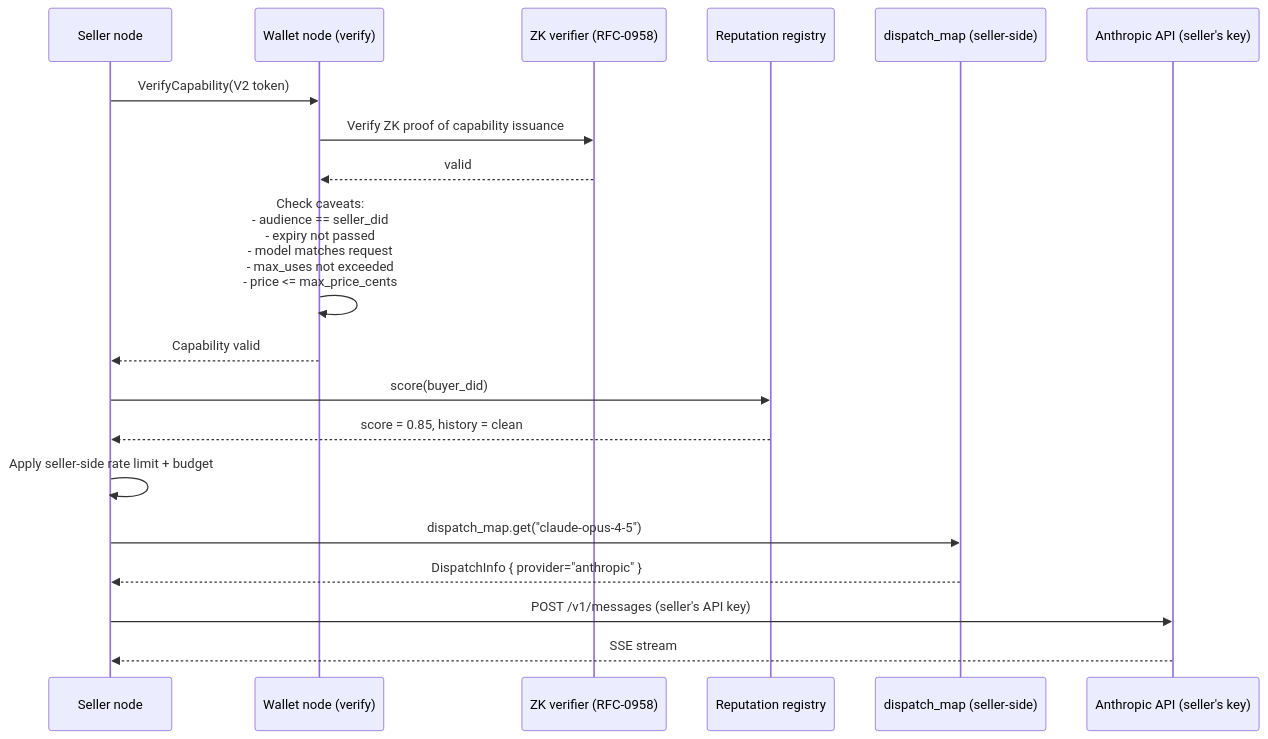
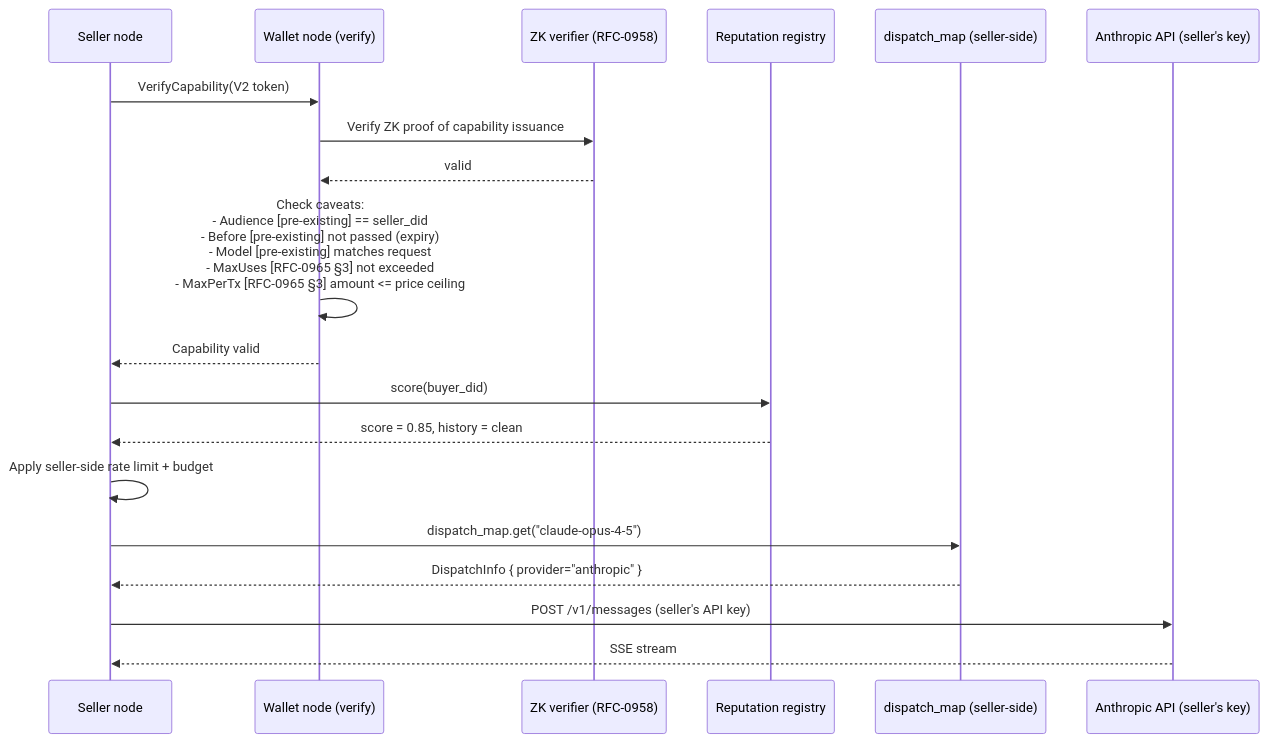
The ninth of 14 diagrams in docs/architecture/end-to-end-scenarios.md (CipherOcto/cipherocto), drawn with Mermaid before and after one commit. The commit also changed other lines of this file, not shown here.

````diff
--- a/docs/architecture/end-to-end-scenarios.md
+++ b/docs/architecture/end-to-end-scenarios.md
@@ -388,22 +389,22 @@
 ```mermaid
 sequenceDiagram
     participant SN as Seller node
     participant W as Wallet node (verify)
     participant ZK as ZK verifier (RFC-0958)
     participant RR as Reputation registry
     participant DP as dispatch_map (seller-side)
     participant ANT as Anthropic API (seller's key)
 
     SN->>W: VerifyCapability(V2 token)
     W->>ZK: Verify ZK proof of capability issuance
     ZK-->>W: valid
-    W->>W: Check caveats:<br/>  - audience == seller_did<br/>  - expiry not passed<br/>  - model matches request<br/>  - max_uses not exceeded<br/>  - price <= max_price_cents
+    W->>W: Check caveats:<br/>  - Audience [pre-existing] == seller_did<br/>  - Before [pre-existing] not passed (expiry)<br/>  - Model [pre-existing] matches request<br/>  - MaxUses [RFC-0965 §3] not exceeded<br/>  - MaxPerTx [RFC-0965 §3] amount <= price ceiling
     W-->>SN: Capability valid
     SN->>RR: score(buyer_did)
     RR-->>SN: score = 0.85, history = clean
     SN->>SN: Apply seller-side rate limit + budget
     SN->>DP: dispatch_map.get("claude-opus-4-5")
     DP-->>SN: DispatchInfo { provider="anthropic" }
     SN->>ANT: POST /v1/messages (seller's API key)
     ANT-->>SN: SSE stream
 ```
````
